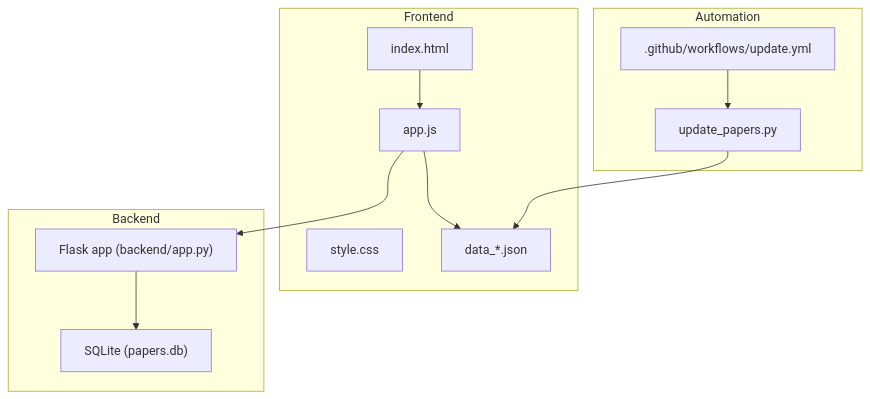
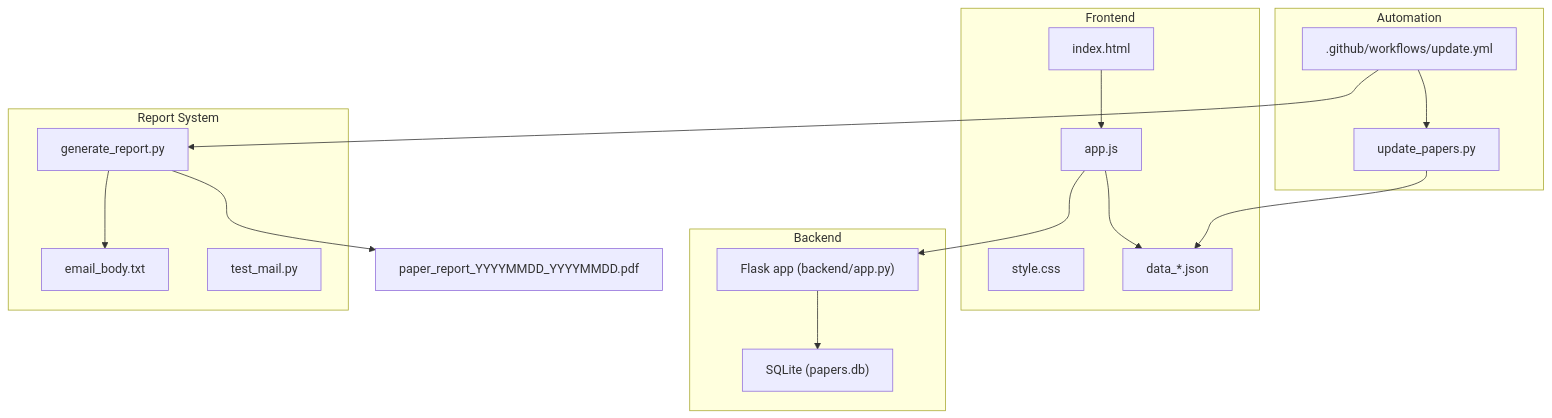
The first of 6 diagrams in .qoder/repowiki/en/content/Customization & Extension/Customization & Extension.md (junxie01/cryoseismology_papers), drawn with Mermaid before and after one commit. The commit also changed other lines of this file and 4 other files, not shown here.

````diff
--- a/.qoder/repowiki/en/content/Customization & Extension/Customization & Extension.md
+++ b/.qoder/repowiki/en/content/Customization & Extension/Customization & Extension.md
@@ -50,23 +66,31 @@
 ```mermaid
 graph TB
 subgraph "Frontend"
 HTML["index.html"]
 JS["app.js"]
 CSS["style.css"]
 DATA["data_*.json"]
 end
 subgraph "Backend"
 FLASK["Flask app (backend/app.py)"]
 DB["SQLite (papers.db)"]
 end
+subgraph "Report System"
+REPORT["generate_report.py"]
+EMAIL["email_body.txt"]
+TEST["test_mail.py"]
+end
 subgraph "Automation"
 WORKFLOW[".github/workflows/update.yml"]
 SCRIPT["update_papers.py"]
 end
 HTML --> JS
 JS --> DATA
 JS --> FLASK
 FLASK --> DB
 WORKFLOW --> SCRIPT
+WORKFLOW --> REPORT
 SCRIPT --> DATA
+REPORT --> EMAIL
+REPORT --> PDF["paper_report_YYYYMMDD_YYYYMMDD.pdf"]
 ```
````
